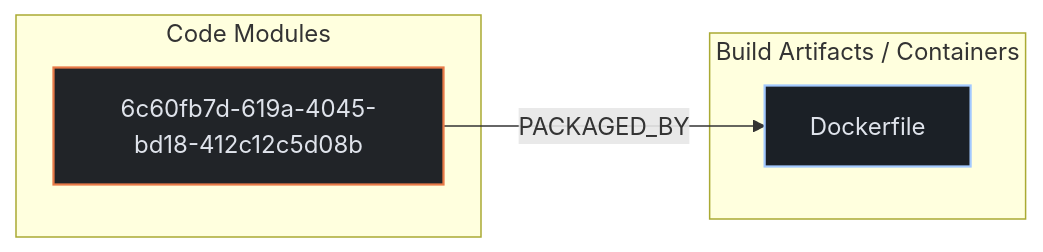
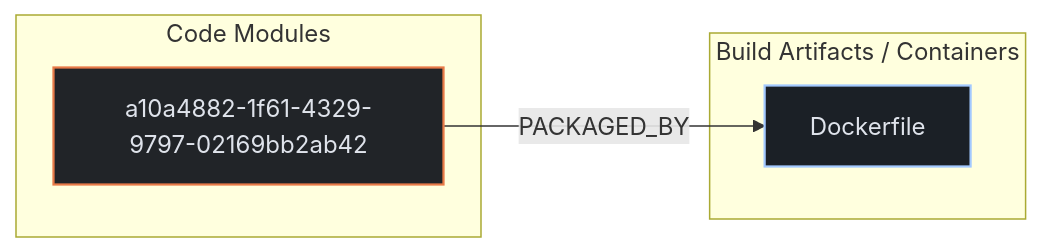
One commit to kumarshaz/atruss-code-atlas changed the second of 3 diagrams in exports/latest/reports/hamvocke-spring-testing-report.md. Above: the diagram before and after it, drawn with Mermaid. The commit also changed other lines of this file and 33 other files, not shown here.

````diff
--- a/exports/latest/reports/hamvocke-spring-testing-report.md
+++ b/exports/latest/reports/hamvocke-spring-testing-report.md
@@ -118,15 +118,15 @@
 ```mermaid
 flowchart LR
     %% title: Code-to-Cloud Deployment Traceability
     classDef atlasCategory fill:#212428,stroke:#E87A48,stroke-width:1.5px,color:#dfe3eb
     classDef atlasWorkflow fill:#1b2026,stroke:#a3c9ff,stroke-width:1.5px,color:#dfe3eb
     classDef atlasJob fill:#171c22,stroke:#8d9199,stroke-width:1px,color:#dfe3eb
     classDef atlasTarget fill:#005227,stroke:#8bd99b,stroke-width:1.5px,color:#a7f6b6
     subgraph code_modules["Code Modules"]
-        mod_6c60fb7d_619a_4045_bd18_412c12c5d08b["6c60fb7d-619a-4045-bd18-412c12c5d08b"]:::atlasCategory
+        mod_a10a4882_1f61_4329_9797_02169bb2ab42["a10a4882-1f61-4329-9797-02169bb2ab42"]:::atlasCategory
     end
     subgraph build_artifacts["Build Artifacts / Containers"]
         art_Dockerfile["Dockerfile"]:::atlasWorkflow
     end
-    mod_6c60fb7d_619a_4045_bd18_412c12c5d08b -->|PACKAGED_BY| art_Dockerfile
+    mod_a10a4882_1f61_4329_9797_02169bb2ab42 -->|PACKAGED_BY| art_Dockerfile
 ```
````
